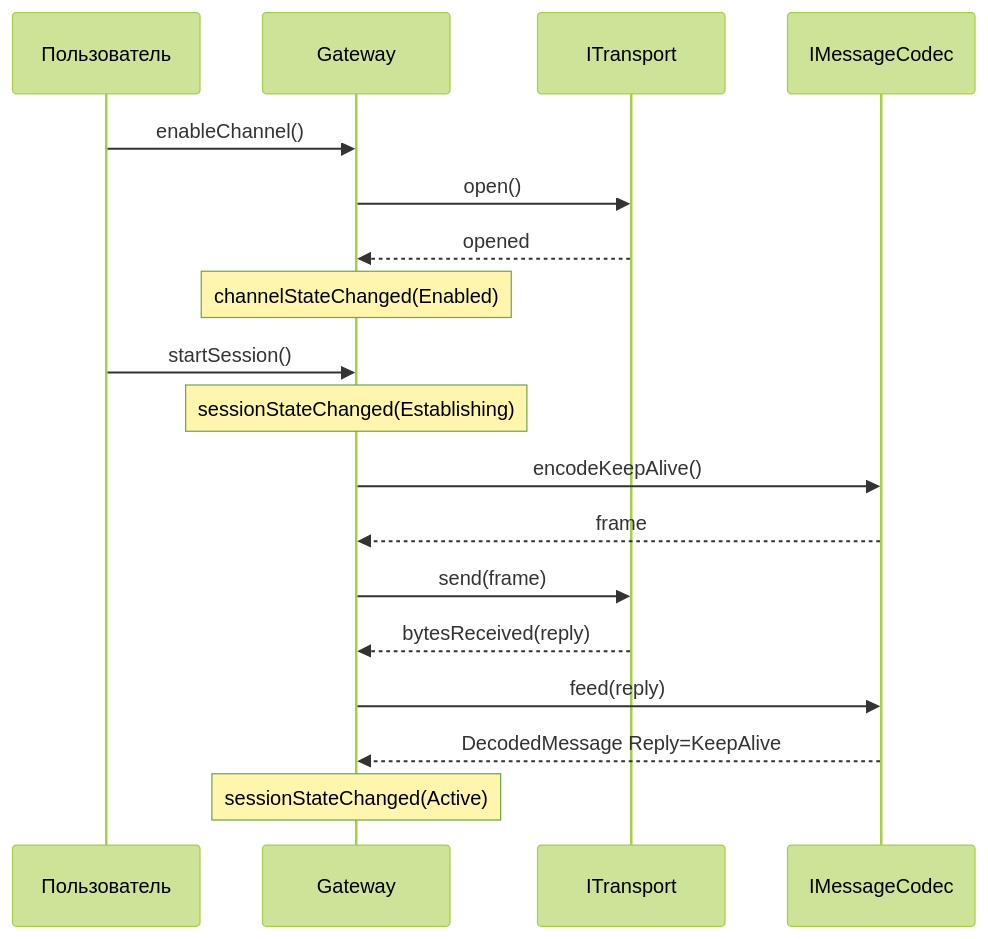
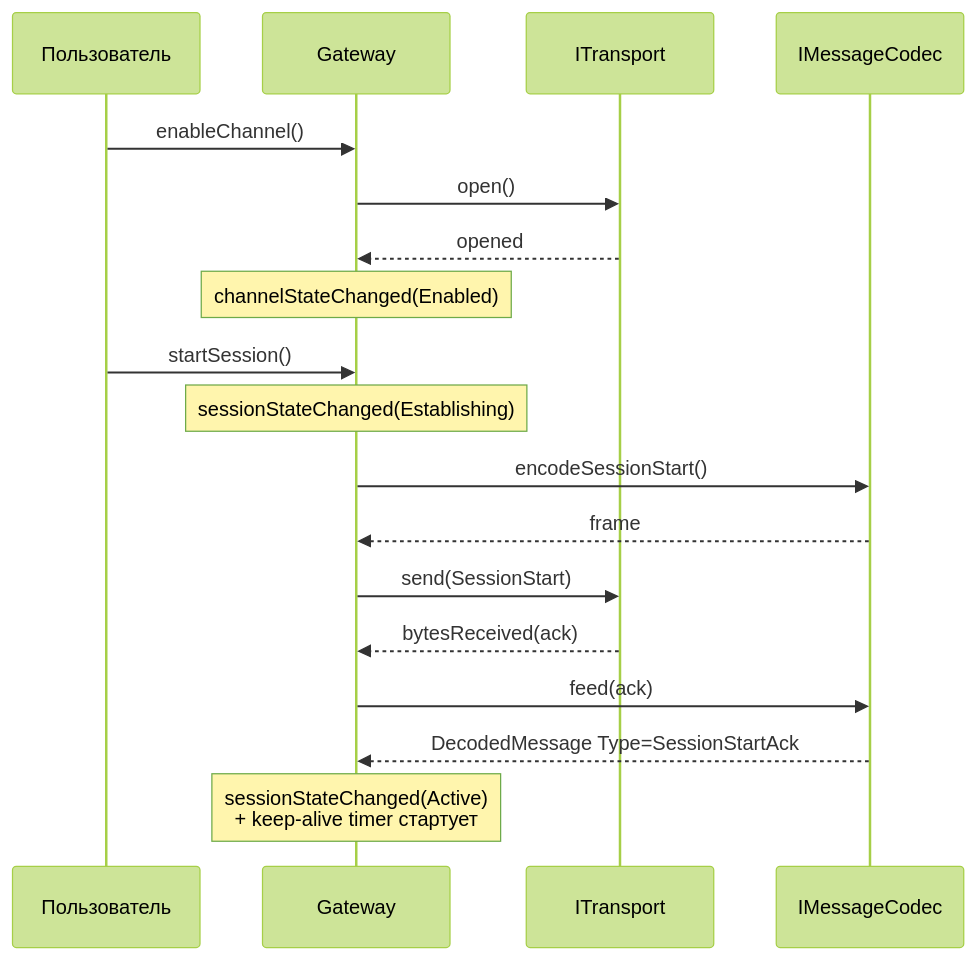
The third of 4 diagrams in docs/03-Состояния-и-переходы.md (Saytikus/GChannelManager), drawn with Mermaid (forest theme) before and after one commit. The commit also changed other lines of this file and 23 other files, not shown here.

````diff
--- a/docs/03-Состояния-и-переходы.md
+++ b/docs/03-Состояния-и-переходы.md
@@ -60,22 +64,22 @@
 ```mermaid
 sequenceDiagram
     participant User as Пользователь
     participant GW as Gateway
     participant T as ITransport
     participant C as IMessageCodec
 
     User->>GW: enableChannel()
     GW->>T: open()
     T-->>GW: opened
     Note over GW: channelStateChanged(Enabled)
 
     User->>GW: startSession()
     Note over GW: sessionStateChanged(Establishing)
-    GW->>C: encodeKeepAlive()
+    GW->>C: encodeSessionStart()
     C-->>GW: frame
-    GW->>T: send(frame)
-    T-->>GW: bytesReceived(reply)
-    GW->>C: feed(reply)
-    C-->>GW: DecodedMessage Reply=KeepAlive
-    Note over GW: sessionStateChanged(Active)
+    GW->>T: send(SessionStart)
+    T-->>GW: bytesReceived(ack)
+    GW->>C: feed(ack)
+    C-->>GW: DecodedMessage Type=SessionStartAck
+    Note over GW: sessionStateChanged(Active)<br/>+ keep-alive timer стартует
 ```
````
